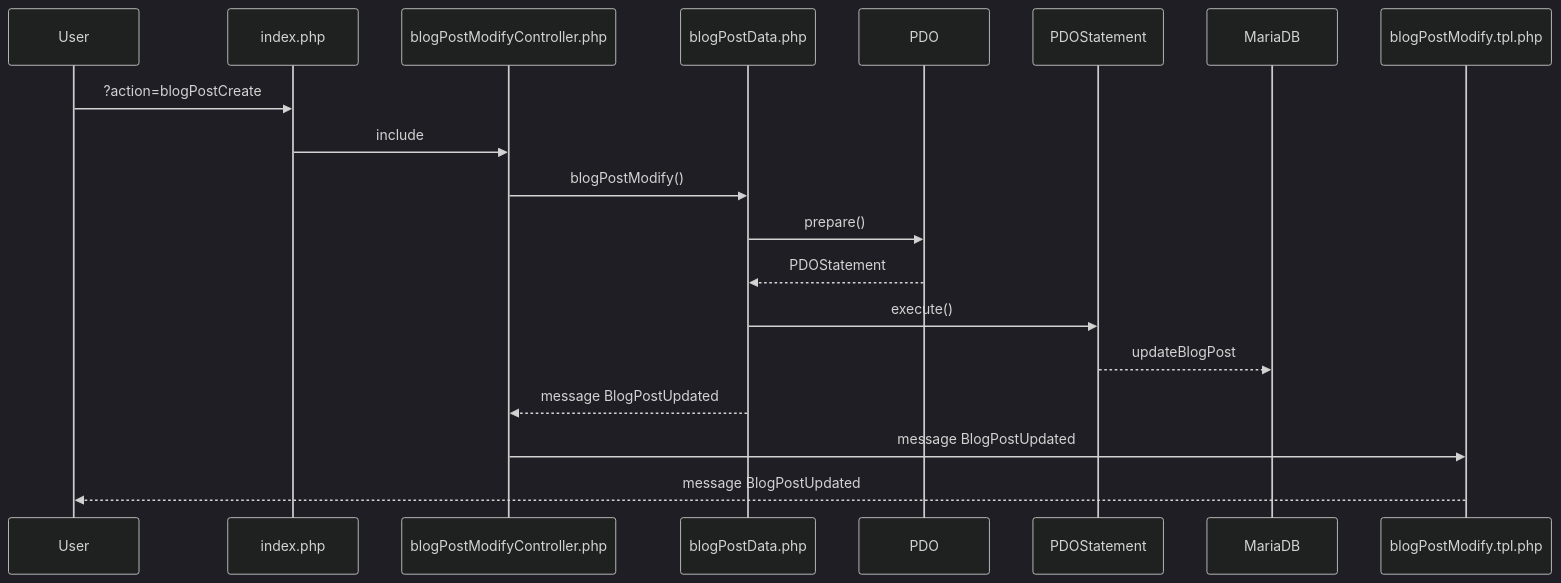
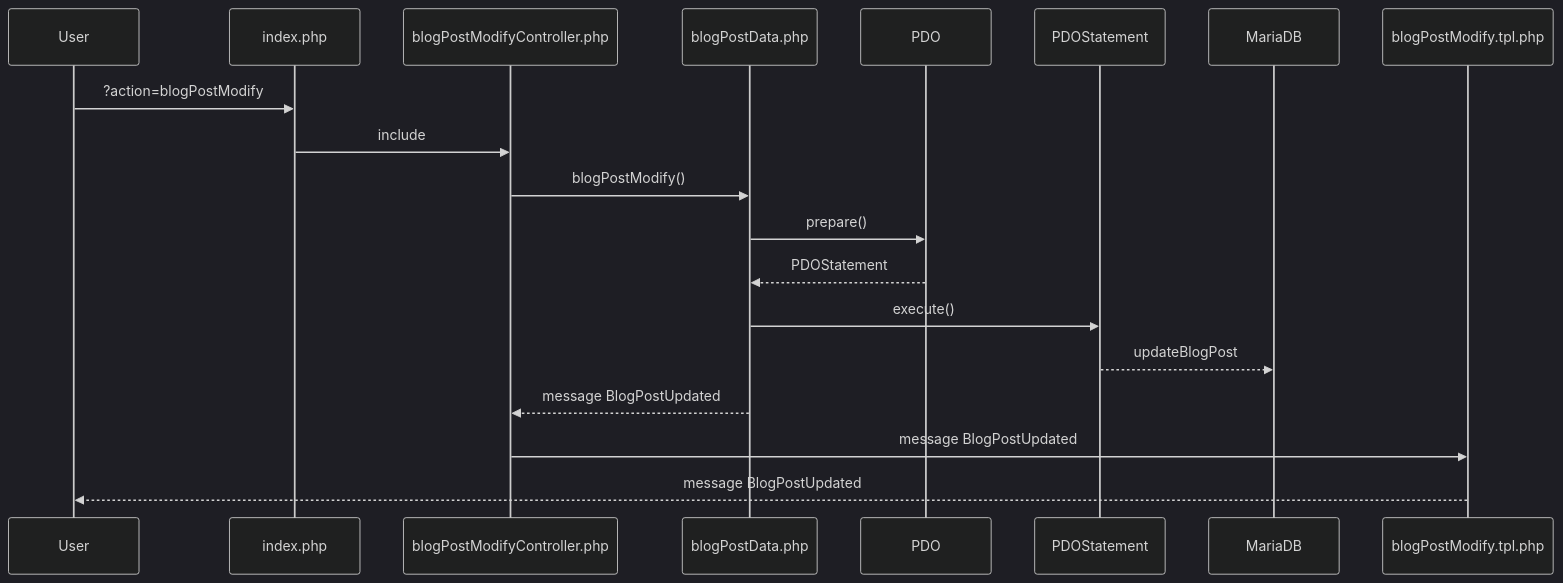
Before and after one commit to AugustinPech/Cours_3_PHP: the fifth of 6 diagrams in doc/diagramme.md, drawn with Mermaid (dark theme). The commit also changed other lines of this file and 9 other files, not shown here.

````diff
--- a/doc/diagramme.md
+++ b/doc/diagramme.md
@@ -60,13 +60,13 @@
 ```mermaid
 sequenceDiagram
-    User->>index.php: ?action=blogPostCreate
+    User->>index.php: ?action=blogPostModify
     index.php->>blogPostModifyController.php: include
     blogPostModifyController.php->>blogPostData.php: blogPostModify()
     blogPostData.php->>PDO: prepare()
     PDO-->>blogPostData.php: PDOStatement
     blogPostData.php->>PDOStatement: execute()
     PDOStatement-->>MariaDB: updateBlogPost
     blogPostData.php-->>blogPostModifyController.php: message BlogPostUpdated
     blogPostModifyController.php->>blogPostModify.tpl.php: message BlogPostUpdated
     blogPostModify.tpl.php -->>User: message BlogPostUpdated
 ```
````
